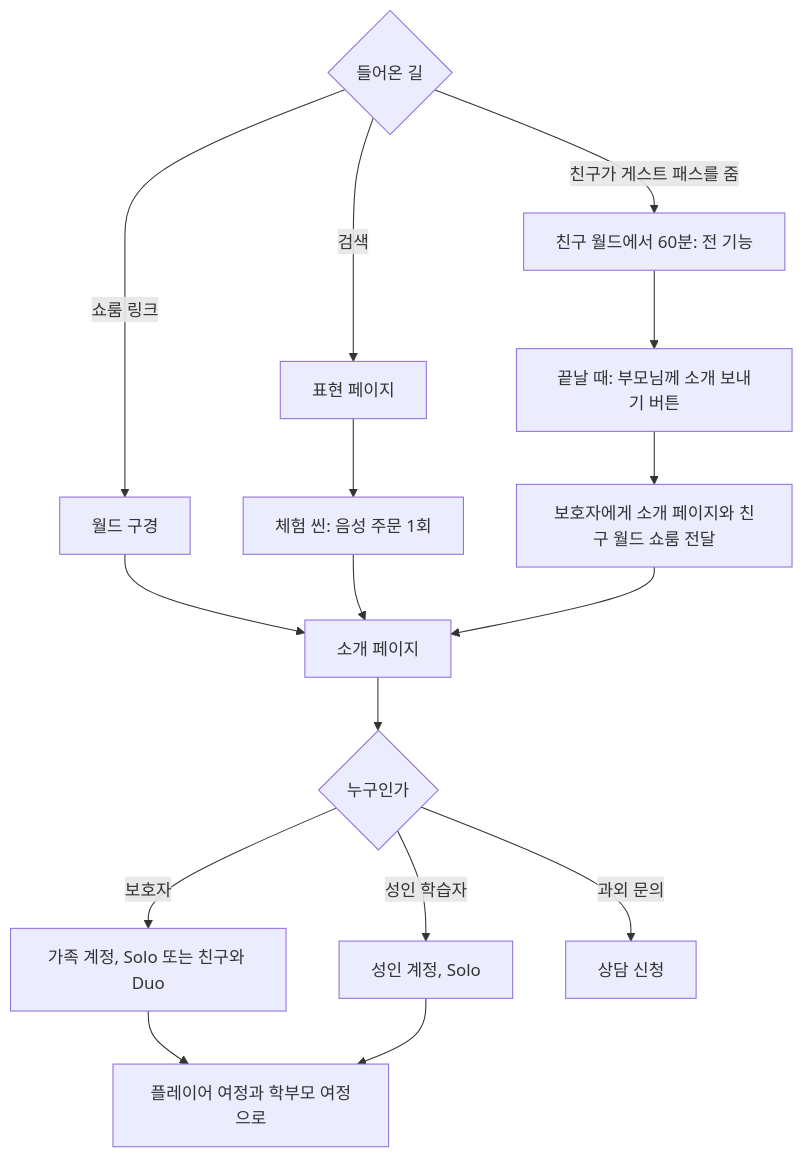
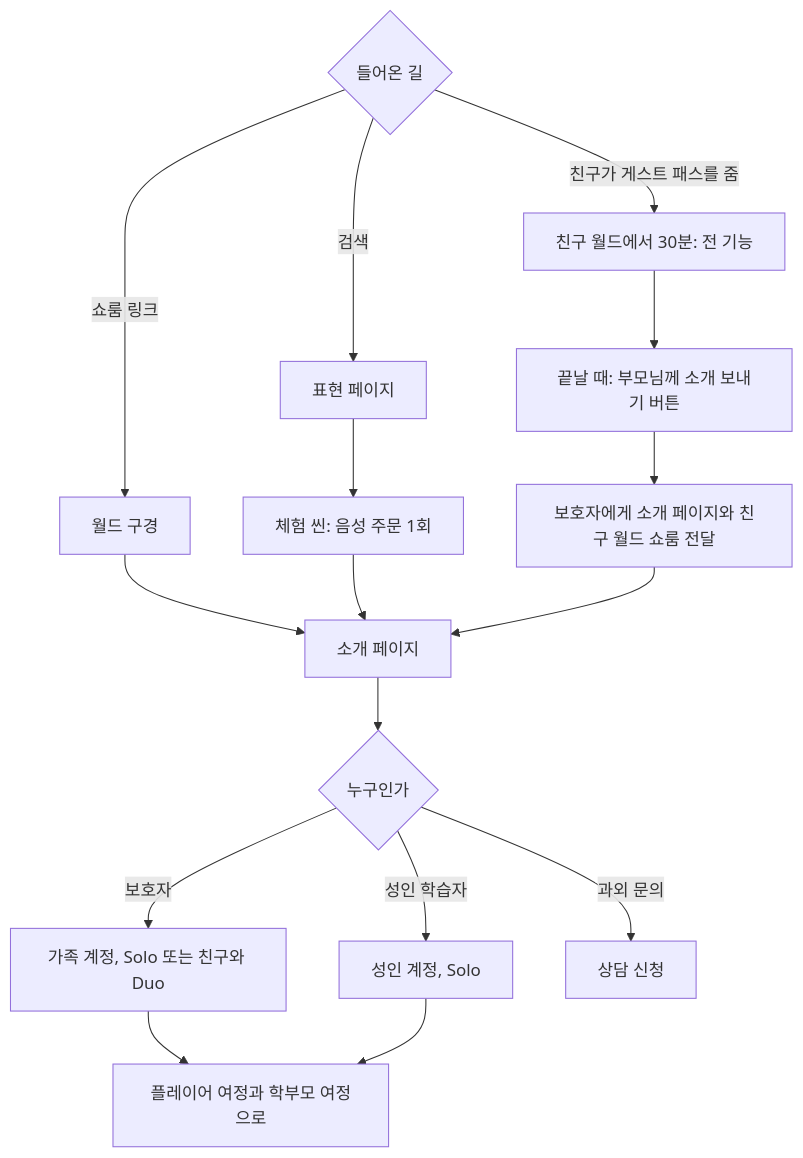
The sixth of 7 diagrams in docs/10-flows.md (24h-gambler/lcw-mosaic), drawn with Mermaid before and after one commit. The commit also changed other lines of this file and 21 other files, not shown here.

````diff
--- a/docs/10-flows.md
+++ b/docs/10-flows.md
@@ -145,19 +145,19 @@
 ```mermaid
 flowchart TD
   O0{"들어온 길"}
-  O0 -->|"친구가 게스트 패스를 줌"| O1["친구 월드에서 60분: 전 기능"]
+  O0 -->|"친구가 게스트 패스를 줌"| O1["친구 월드에서 30분: 전 기능"]
   O0 -->|"쇼룸 링크"| O2["월드 구경"]
   O0 -->|"검색"| O3["표현 페이지"]
   O1 --> O4["끝날 때: 부모님께 소개 보내기 버튼"]
   O4 --> O5["보호자에게 소개 페이지와 친구 월드 쇼룸 전달"]
   O2 --> O6["소개 페이지"]
   O3 --> O7["체험 씬: 음성 주문 1회"]
   O7 --> O6
   O5 --> O6
   O6 --> O8{"누구인가"}
   O8 -->|"보호자"| O9["가족 계정, Solo 또는 친구와 Duo"]
   O8 -->|"성인 학습자"| O10["성인 계정, Solo"]
   O8 -->|"과외 문의"| O11["상담 신청"]
   O9 --> O12["플레이어 여정과 학부모 여정으로"]
   O10 --> O12
 ```
````
